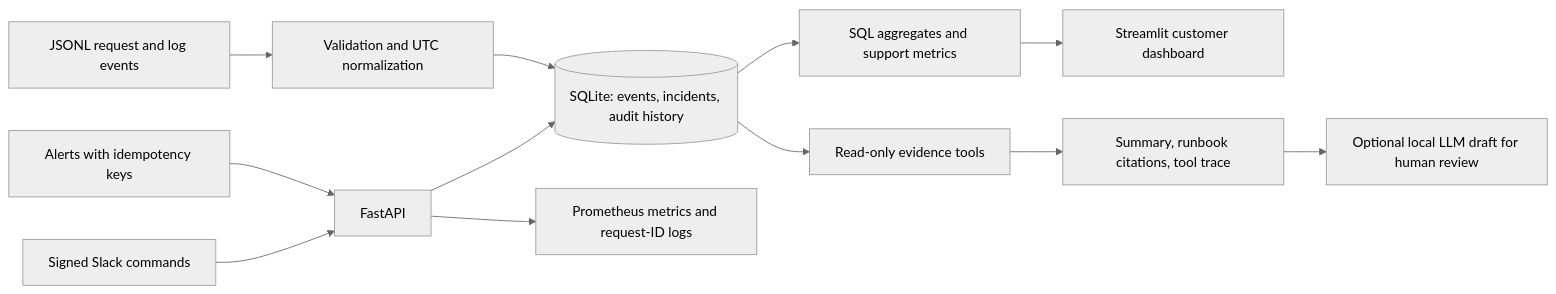
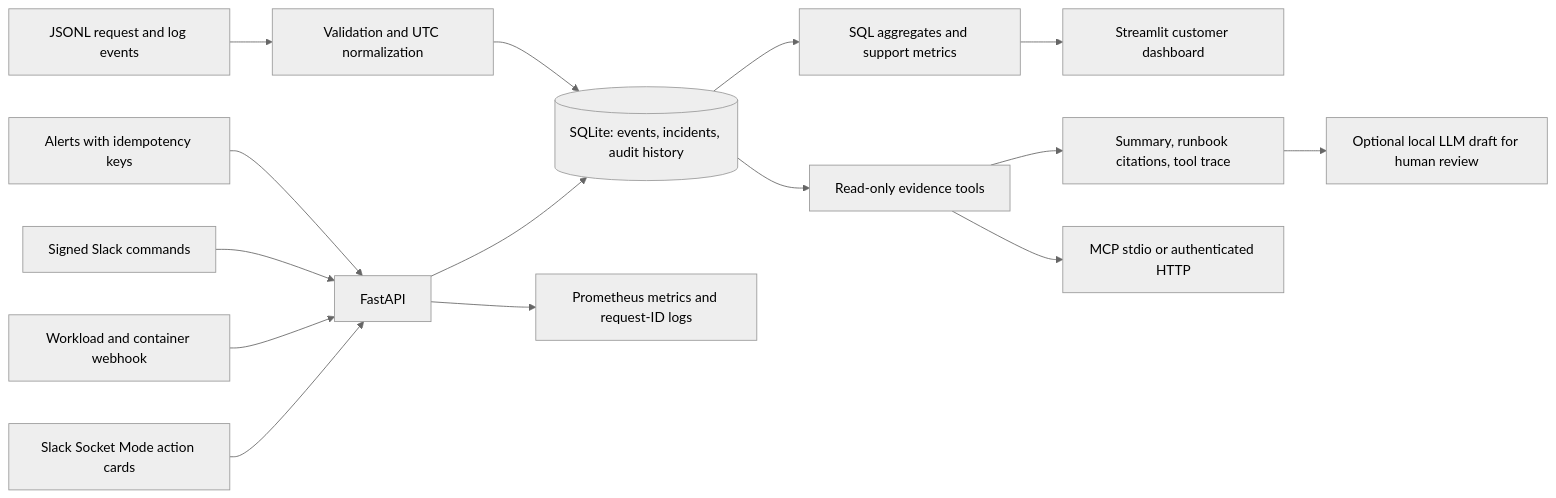
The diagram in README.md (NehaPrajwal1/SignalDesk), drawn with Mermaid (neutral theme) before and after one commit. The commit also changed other lines of this file, not shown here.

```diff
--- a/README.md
+++ b/README.md
@@ -22,14 +31,17 @@
 ~~~mermaid
 flowchart LR
     E[JSONL request and log events] --> V[Validation and UTC normalization]
     V --> D[(SQLite: events, incidents, audit history)]
     A[Alerts with idempotency keys] --> API[FastAPI]
     API --> D
     D --> Q[SQL aggregates and support metrics]
     Q --> UI[Streamlit customer dashboard]
     S[Signed Slack commands] --> API
     D --> T[Read-only evidence tools]
     T --> R[Summary, runbook citations, tool trace]
     R --> L[Optional local LLM draft for human review]
     API --> P[Prometheus metrics and request-ID logs]
+    W[Workload and container webhook] --> API
+    T --> MCP[MCP stdio or authenticated HTTP]
+    BOT[Slack Socket Mode action cards] --> API
 ~~~
```
